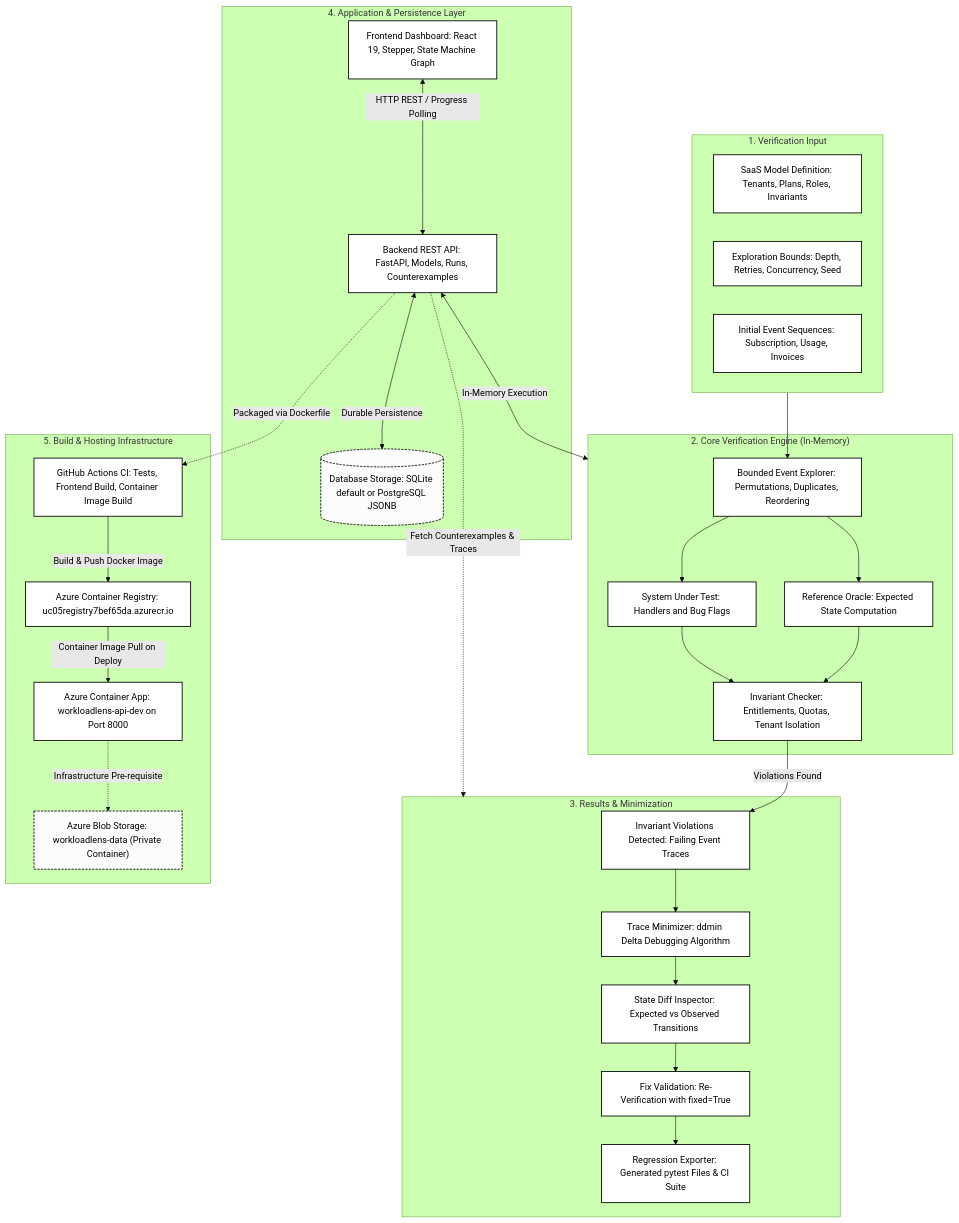
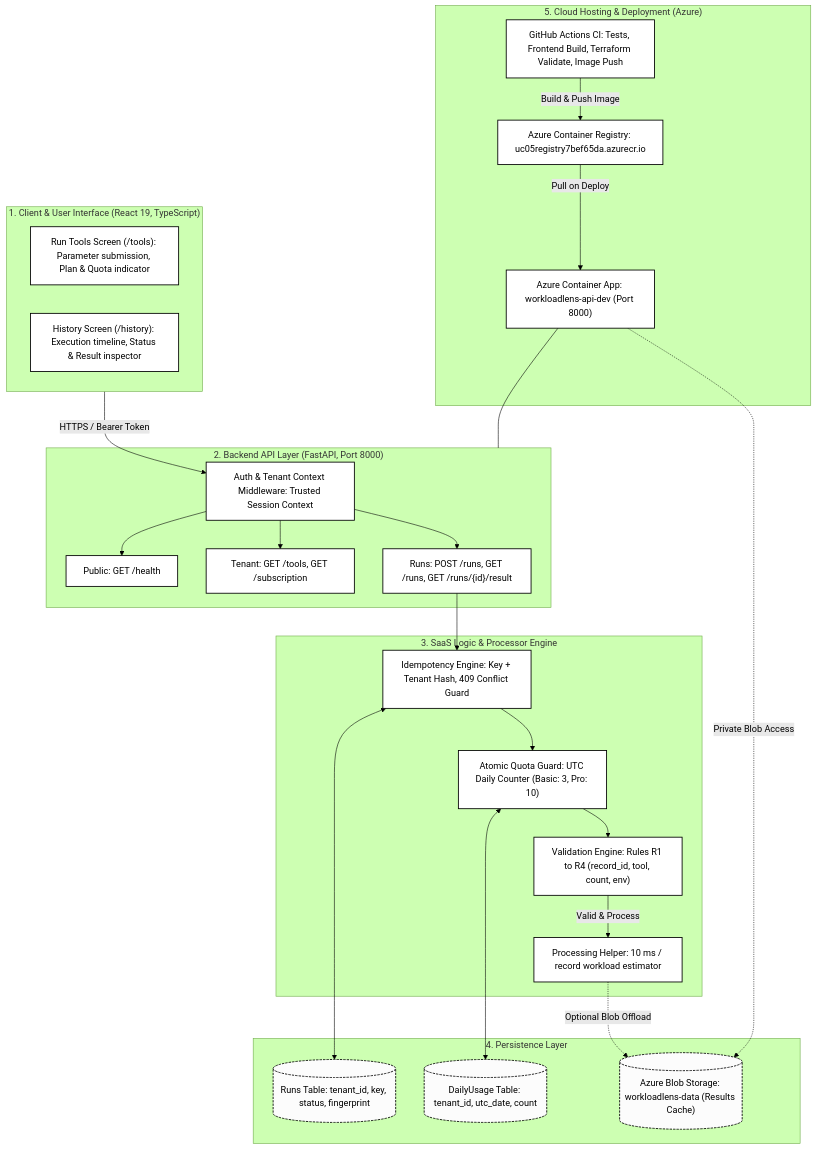
Before and after one commit to Sahanaa77/UC-05_automation-workload: the diagram in README.md, drawn with Mermaid (forest theme). The commit also changed other lines of this file and 26 other files, not shown here.

Commit message:
feat(uc05): implement WorkloadLens application, UI, acceptance tests, and handover deliverables

````diff
--- a/README.md
+++ b/README.md
@@ -13,71 +21,65 @@
 ```mermaid
 flowchart TD
     %% ------------------------------------------------------------------------
-    %% EntitleSim: Monochrome Architecture Diagram
+    %% WorkloadLens: System Architecture Diagram
     %% ------------------------------------------------------------------------
 
-    subgraph INPUT ["1. Verification Input"]
-        M_DEF["SaaS Model Definition: Tenants, Plans, Roles, Invariants"]
-        M_BOUNDS["Exploration Bounds: Depth, Retries, Concurrency, Seed"]
-        M_EVENTS["Initial Event Sequences: Subscription, Usage, Invoices"]
+    subgraph CLIENT ["1. Client & User Interface (React 19, TypeScript)"]
+        UI_TOOLS["Run Tools Screen (/tools): Parameter submission, Plan & Quota indicator"]
+        UI_HIST["History Screen (/history): Execution timeline, Status & Result inspector"]
     end
 
-    subgraph ENGINE ["2. Core Verification Engine (In-Memory)"]
-        EXPLORER["Bounded Event Explorer: Permutations, Duplicates, Reordering"]
-        ORACLE["Reference Oracle: Expected State Computation"]
-        SUT["System Under Test: Handlers and Bug Flags"]
-        INV_CHECK["Invariant Checker: Entitlements, Quotas, Tenant Isolation"]
+    subgraph API ["2. Backend API Layer (FastAPI, Port 8000)"]
+        AUTH_MW["Auth & Tenant Context Middleware: Trusted Session Context"]
+        R_PUB["Public: GET /health"]
+        R_TENANT["Tenant: GET /tools, GET /subscription"]
+        R_RUNS["Runs: POST /runs, GET /runs, GET /runs/{id}/result"]
     end
 
-    subgraph DEBUGGING ["3. Results & Minimization"]
-        VIOLATIONS["Invariant Violations Detected: Failing Event Traces"]
-        MINIMIZER["Trace Minimizer: ddmin Delta Debugging Algorithm"]
-        DIFF["State Diff Inspector: Expected vs Observed Transitions"]
-        RETEST["Fix Validation: Re-Verification with fixed=True"]
-        EXPORT["Regression Exporter: Generated pytest Files & CI Suite"]
+    subgraph LOGIC ["3. SaaS Logic & Processor Engine"]
+        IDEMP["Idempotency Engine: Key + Tenant Hash, 409 Conflict Guard"]
+        QUOTA["Atomic Quota Guard: UTC Daily Counter (Basic: 3, Pro: 10)"]
+        VAL["Validation Engine: Rules R1 to R4 (record_id, tool, count, env)"]
+        HELPER["Processing Helper: 10 ms / record workload estimator"]
     end
 
-    subgraph APP ["4. Application & Persistence Layer"]
-        UI["Frontend Dashboard: React 19, Stepper, State Machine Graph"]
-        API["Backend REST API: FastAPI, Models, Runs, Counterexamples"]
-        DB[("Database Storage: SQLite default or PostgreSQL JSONB")]
+    subgraph DATA ["4. Persistence Layer"]
+        DB_RUNS[("Runs Table: tenant_id, key, status, fingerprint")]
+        DB_USAGE[("DailyUsage Table: tenant_id, utc_date, count")]
+        BLOB_STORE[("Azure Blob Storage: workloadlens-data (Results Cache)")]
     end
 
-    subgraph INFRA ["5. Build & Hosting Infrastructure"]
-        GHA["GitHub Actions CI: Tests, Frontend Build, Container Image Build"]
+    subgraph CLOUD ["5. Cloud Hosting & Deployment (Azure)"]
+        ACA["Azure Container App: workloadlens-api-dev (Port 8000)"]
         ACR["Azure Container Registry: uc05registry7bef65da.azurecr.io"]
-        ACA["Azure Container App: workloadlens-api-dev on Port 8000"]
-        BLOB["Azure Blob Storage: workloadlens-data (Private Container)"]
+        GHA["GitHub Actions CI: Tests, Frontend Build, Terraform Validate, Image Push"]
     end
 
-    %% Verification Engine Flow
-    INPUT --> EXPLORER
-    EXPLORER --> ORACLE
-    EXPLORER --> SUT
-    ORACLE --> INV_CHECK
-    SUT --> INV_CHECK
+    %% Client to API
+    CLIENT -->|HTTPS / Bearer Token| AUTH_MW
+    AUTH_MW --> R_PUB
+    AUTH_MW --> R_TENANT
+    AUTH_MW --> R_RUNS
 
-    %% Debugging and Minimization Flow
-    INV_CHECK -->|Violations Found| VIOLATIONS
-    VIOLATIONS --> MINIMIZER
-    MINIMIZER --> DIFF
-    DIFF --> RETEST
-    RETEST --> EXPORT
+    %% API to Logic
+    R_RUNS --> IDEMP
+    IDEMP --> QUOTA
+    QUOTA --> VAL
+    VAL -->|Valid & Process| HELPER
 
-    %% Application Layer Connections
-    UI <-->|HTTP REST / Progress Polling| API
-    API <-->|Durable Persistence| DB
-    API <-->|In-Memory Execution| ENGINE
-    API -.->|Fetch Counterexamples & Traces| DEBUGGING
+    %% Logic to Data
+    IDEMP <--> DB_RUNS
+    QUOTA <--> DB_USAGE
+    HELPER -.->|Optional Blob Offload| BLOB_STORE
 
-    %% Build and Cloud Infrastructure Connections
-    API -.->|Packaged via Dockerfile| GHA
-    GHA -->|Build & Push Docker Image| ACR
-    ACR -->|Container Image Pull on Deploy| ACA
-    ACA -.->|Infrastructure Pre-requisite| BLOB
+    %% Hosting & Cloud Pipeline
+    GHA -->|Build & Push Image| ACR
+    ACR -->|Pull on Deploy| ACA
+    ACA --- API
+    ACA -.->|Private Blob Access| BLOB_STORE
 
-    %% Styling: Black outlines, white fill, black text
+    %% Monochrome Styling
     classDef default fill:#ffffff,stroke:#000000,stroke-width:1.5px,color:#000000;
     classDef storage fill:#fcfcfc,stroke:#000000,stroke-width:1.5px,stroke-dasharray: 4 2,color:#000000;
-    class DB,BLOB storage;
+    class DB_RUNS,DB_USAGE,BLOB_STORE storage;
 ```
````
